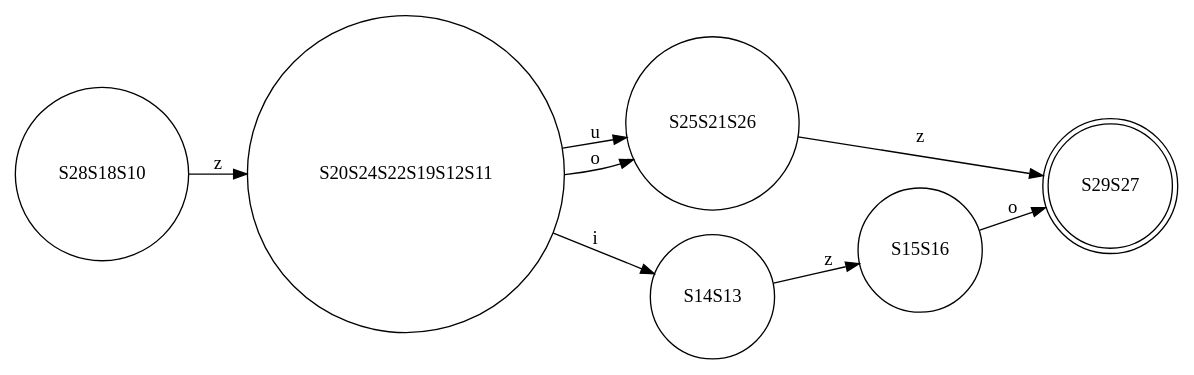
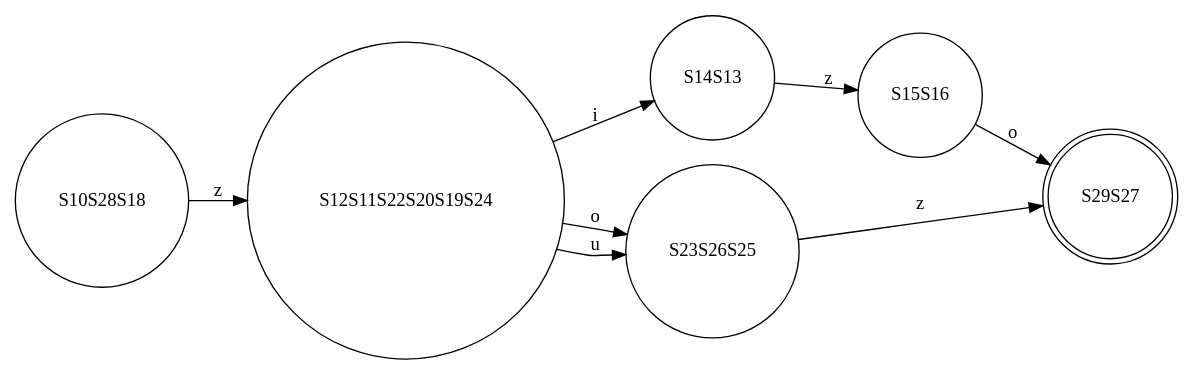
One commit to abdelazizSalah/RegExp_NFA_DFA_DFAMinimization changed the diagram in finalCode/test-output/minimizedDFA.gv. Above: the diagram before and after it, drawn with Graphviz. The commit also changed 2 other files, not shown here.

```diff
--- a/finalCode/test-output/minimizedDFA.gv
+++ b/finalCode/test-output/minimizedDFA.gv
@@ -1,17 +1,17 @@
 // Minimized DFA graph
 digraph {
 	graph [rankdir=LR]
-	S28S18S10 [label=S28S18S10 shape=circle]
-	S28S18S10 -> S20S24S22S19S12S11 [label=z]
-	S25S21S26 [label=S25S21S26 shape=circle]
-	S25S21S26 -> S29S27 [label=z]
+	S10S28S18 [label=S10S28S18 shape=circle]
+	S10S28S18 -> S12S11S22S20S19S24 [label=z]
 	S14S13 [label=S14S13 shape=circle]
 	S14S13 -> S15S16 [label=z]
-	S29S27 [label=S29S27 shape=doublecircle]
+	S23S26S25 [label=S23S26S25 shape=circle]
+	S23S26S25 -> S29S27 [label=z]
 	S15S16 [label=S15S16 shape=circle]
 	S15S16 -> S29S27 [label=o]
-	S20S24S22S19S12S11 [label=S20S24S22S19S12S11 shape=circle]
-	S20S24S22S19S12S11 -> S25S21S26 [label=u]
-	S20S24S22S19S12S11 -> S25S21S26 [label=o]
-	S20S24S22S19S12S11 -> S14S13 [label=i]
+	S29S27 [label=S29S27 shape=doublecircle]
+	S12S11S22S20S19S24 [label=S12S11S22S20S19S24 shape=circle]
+	S12S11S22S20S19S24 -> S14S13 [label=i]
+	S12S11S22S20S19S24 -> S23S26S25 [label=o]
+	S12S11S22S20S19S24 -> S23S26S25 [label=u]
 }
```
